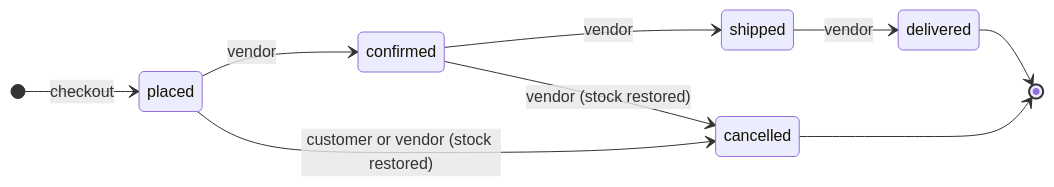
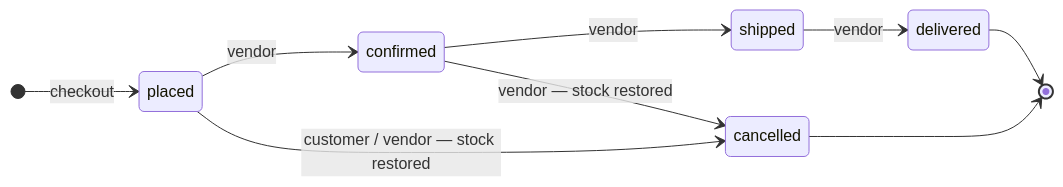
Before and after one commit to SuprabhSharma/Tavilo-eCommerce: the fourth of 6 diagrams in README.md, drawn with Mermaid. The commit also changed other lines of this file, not shown here.

````diff
--- a/README.md
+++ b/README.md
@@ -223,12 +182,12 @@
 ```mermaid
 stateDiagram-v2
     direction LR
     [*] --> placed: checkout
     placed --> confirmed: vendor
     confirmed --> shipped: vendor
     shipped --> delivered: vendor
-    placed --> cancelled: customer or vendor (stock restored)
-    confirmed --> cancelled: vendor (stock restored)
+    placed --> cancelled: customer / vendor — stock restored
+    confirmed --> cancelled: vendor — stock restored
     delivered --> [*]
     cancelled --> [*]
 ```
````
